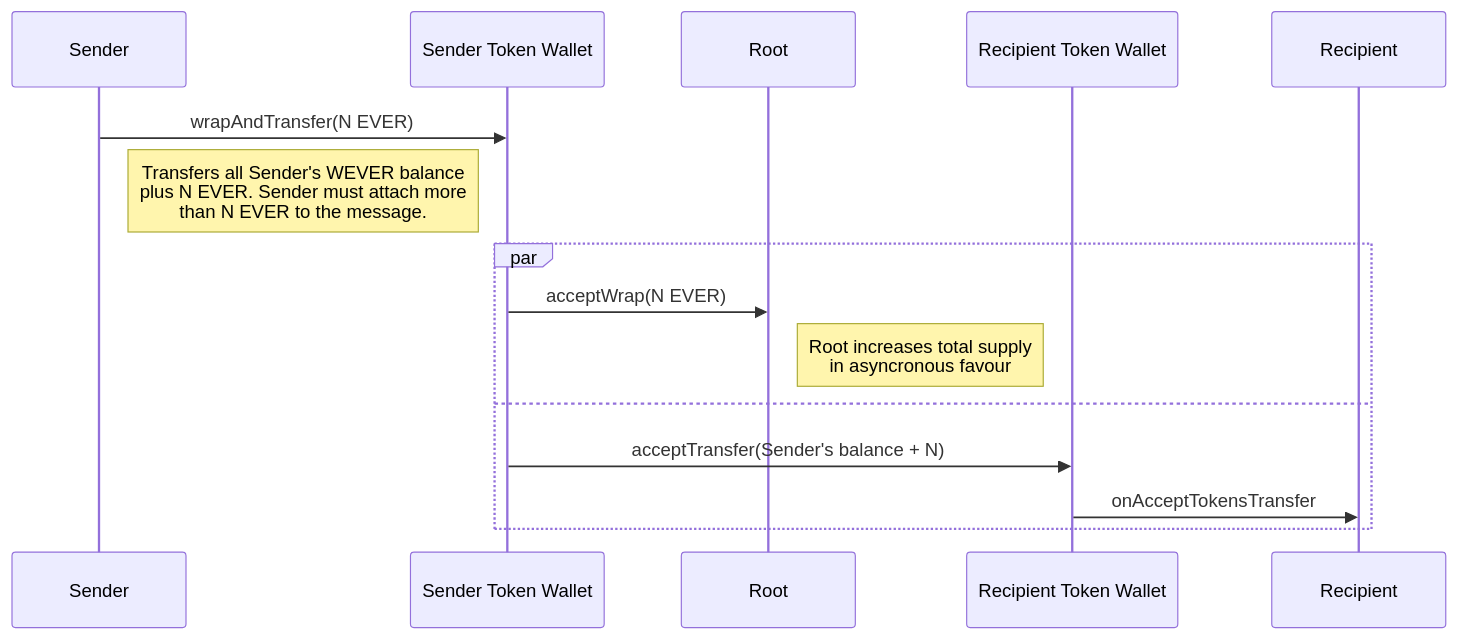
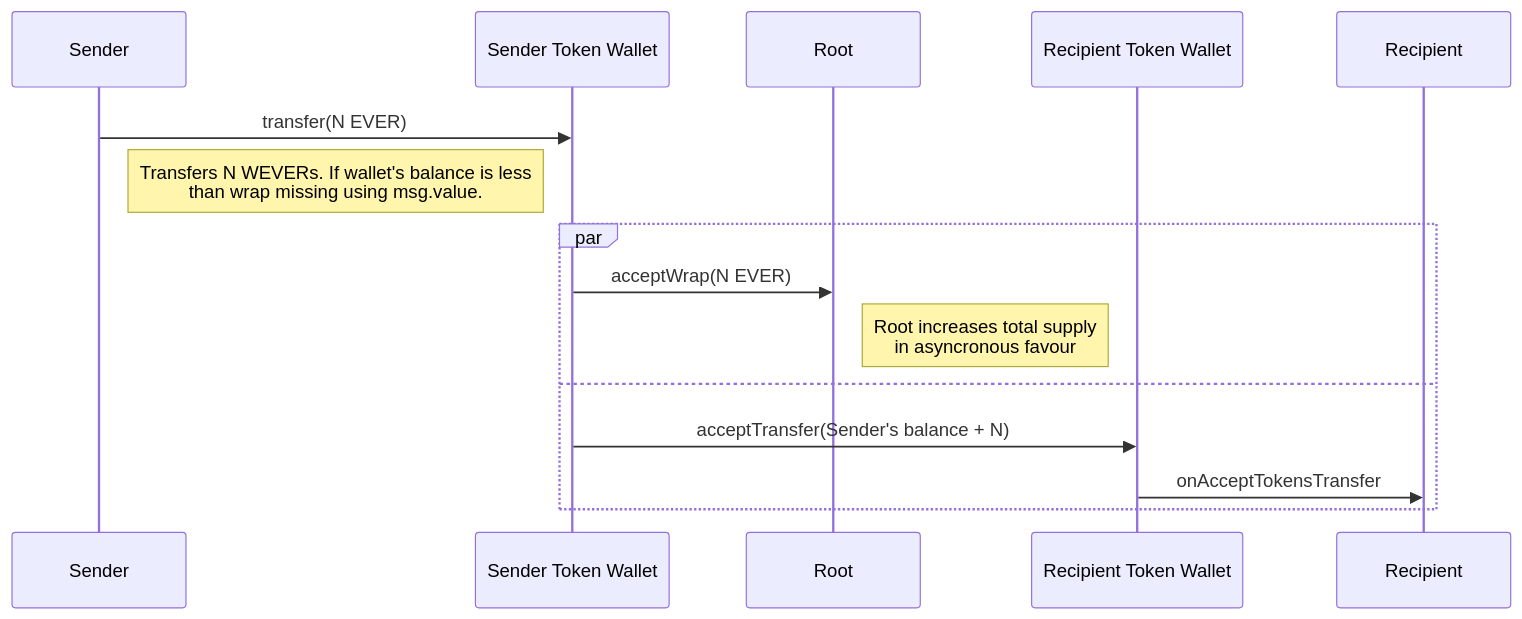
Before and after one commit to broxus/ever-wever: the third of 4 diagrams in README.md, drawn with Mermaid.

````diff
--- a/README.md
+++ b/README.md
@@ -46,12 +46,12 @@
 ```mermaid
 sequenceDiagram
-    Sender ->> Sender Token Wallet: wrapAndTransfer(N EVER)
-    Note right of Sender: Transfers all Sender's WEVER balance <br> plus N EVER. Sender must attach more<br>than N EVER to the message.
+    Sender ->> Sender Token Wallet: transfer(N EVER)
+    Note right of Sender: Transfers N WEVERs. If wallet's balance is less <br> than wrap missing using msg.value.
     par
         Sender Token Wallet ->> Root: acceptWrap(N EVER)
         Note right of Root: Root increases total supply <br> in asyncronous favour
     and
         Sender Token Wallet ->> Recipient Token Wallet: acceptTransfer(Sender's balance + N)
         Recipient Token Wallet ->> Recipient: onAcceptTokensTransfer
     end
 ```
````
